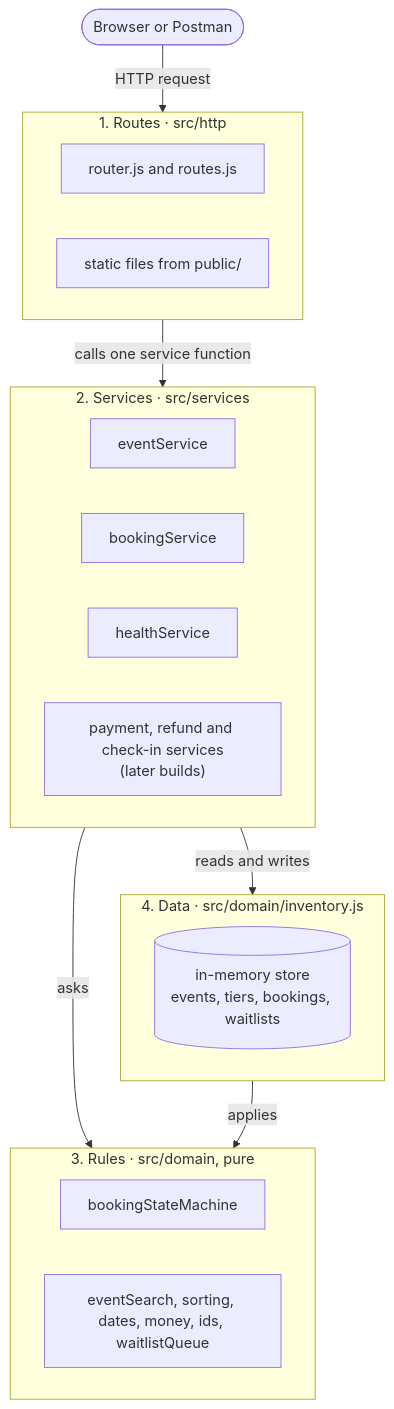
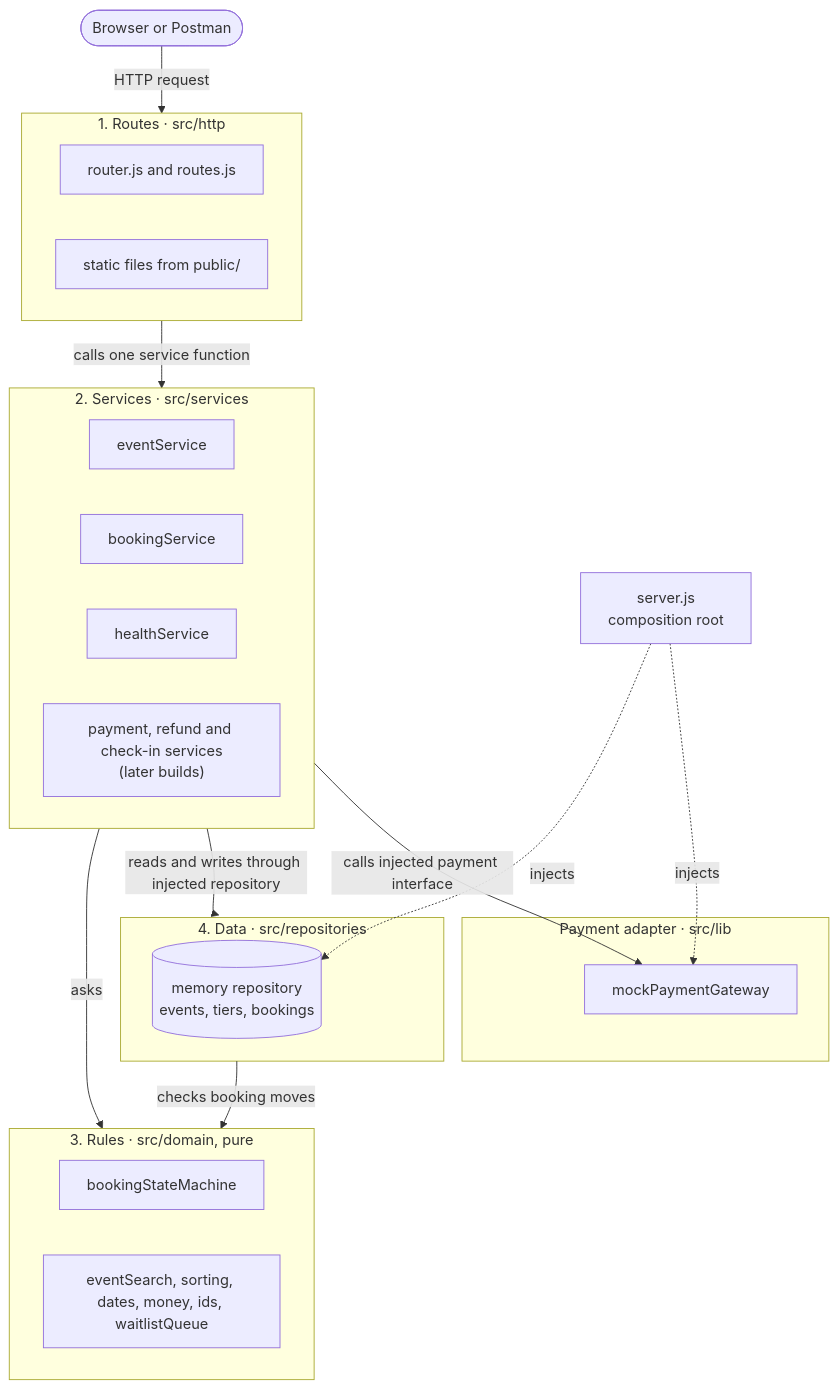
The first of 3 diagrams in docs/architecture.md (GreatEzekiel/my-dsa-capstone-project), drawn with Mermaid before and after one commit. The commit also changed other lines of this file and 27 other files, not shown here.

````diff
--- a/docs/architecture.md
+++ b/docs/architecture.md
@@ -17,32 +17,40 @@
 ```mermaid
 flowchart TD
     client(["Browser or Postman"])
 
     subgraph routes["1. Routes  ·  src/http"]
         direction LR
         router["router.js and routes.js"]
         statics["static files from public/"]
     end
 
     subgraph services["2. Services  ·  src/services"]
         eventSvc["eventService"]
         bookingSvc["bookingService"]
         healthSvc["healthService"]
         later["payment, refund and check-in services<br/>(later builds)"]
     end
 
     subgraph rules["3. Rules  ·  src/domain, pure"]
         machine["bookingStateMachine"]
         helpers["eventSearch, sorting, dates, money, ids, waitlistQueue"]
     end
 
-    subgraph data["4. Data  ·  src/domain/inventory.js"]
-        store[("in-memory store<br/>events, tiers, bookings, waitlists")]
+    subgraph data["4. Data  ·  src/repositories"]
+        repo[("memory repository<br/>events, tiers, bookings")]
     end
+
+    subgraph infrastructure["Payment adapter  ·  src/lib"]
+        gateway["mockPaymentGateway"]
+    end
+    composition["server.js<br/>composition root"]
 
     client -->|"HTTP request"| routes
     routes -->|"calls one service function"| services
     services -->|"asks"| rules
-    services -->|"reads and writes"| data
-    data -->|"applies"| rules
+    services -->|"reads and writes through injected repository"| data
+    data -->|"checks booking moves"| rules
+    services -->|"calls injected payment interface"| gateway
+    composition -.->|"injects"| repo
+    composition -.->|"injects"| gateway
 ```
````
